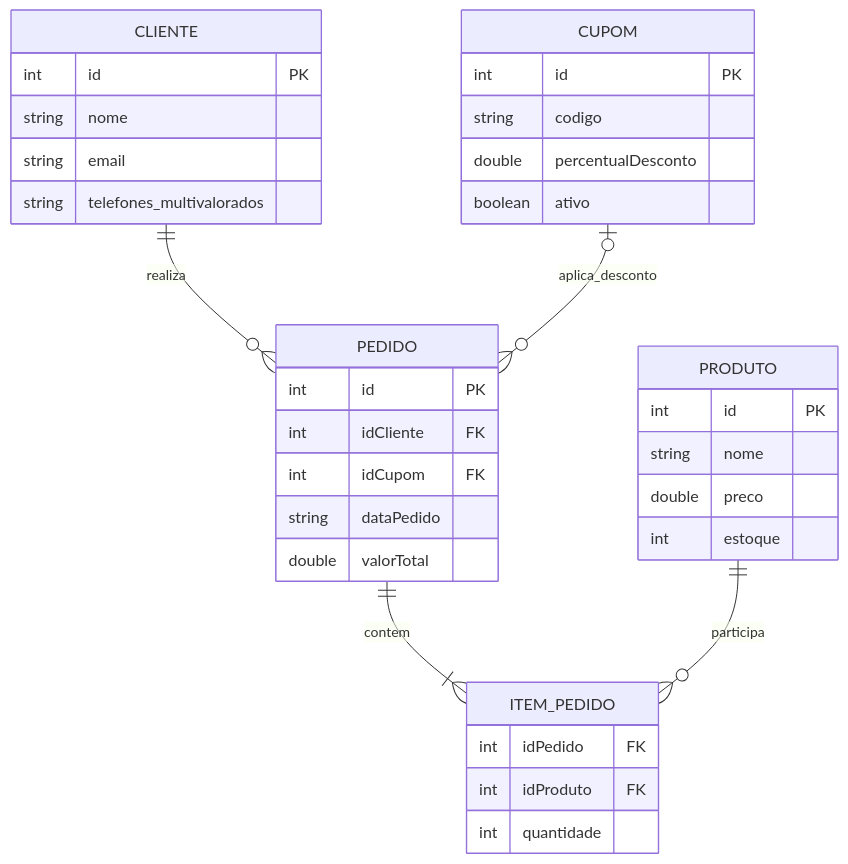
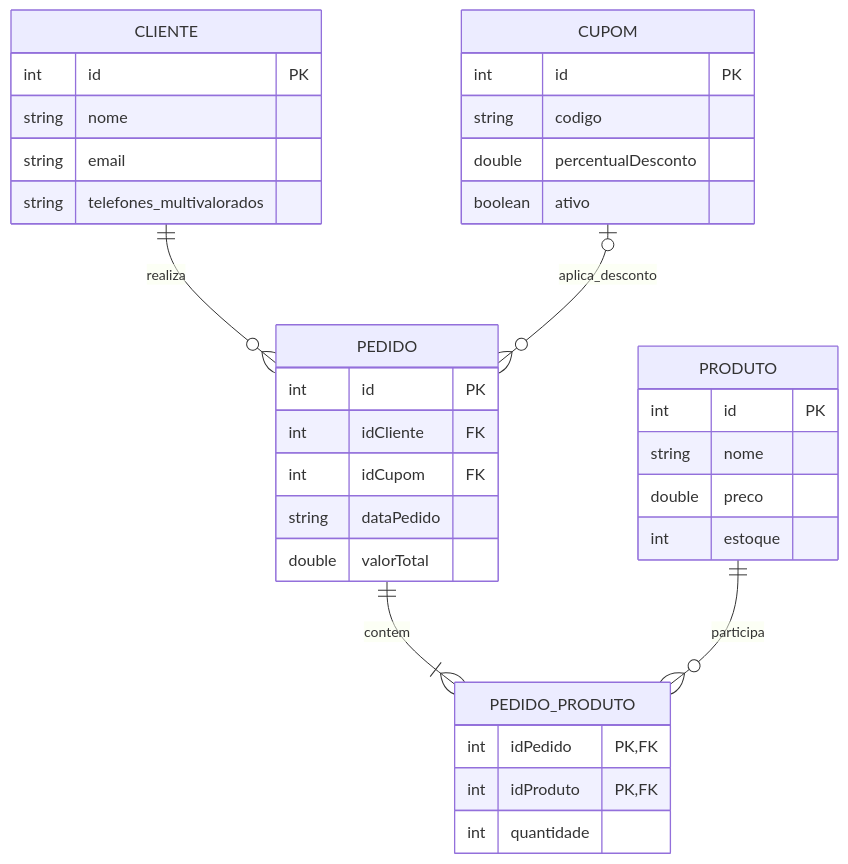
Before and after one commit to lucaszanfa/Tp-Aedes3: the diagram in docs/DER.md, drawn with Mermaid. The commit also changed other lines of this file and 18 other files, not shown here.

````diff
--- a/docs/DER.md
+++ b/docs/DER.md
@@ -50,42 +50,42 @@
 ```mermaid
 erDiagram
     CLIENTE ||--o{ PEDIDO : realiza
-    PEDIDO ||--|{ ITEM_PEDIDO : contem
-    PRODUTO ||--o{ ITEM_PEDIDO : participa
+    PEDIDO ||--|{ PEDIDO_PRODUTO : contem
+    PRODUTO ||--o{ PEDIDO_PRODUTO : participa
     CUPOM o|--o{ PEDIDO : aplica_desconto
 
     CLIENTE {
         int id PK
         string nome
         string email
         string telefones_multivalorados
     }
 
     PRODUTO {
         int id PK
         string nome
         double preco
         int estoque
     }
 
     CUPOM {
         int id PK
         string codigo
         double percentualDesconto
         boolean ativo
     }
 
     PEDIDO {
         int id PK
         int idCliente FK
         int idCupom FK
         string dataPedido
         double valorTotal
     }
 
-    ITEM_PEDIDO {
-        int idPedido FK
-        int idProduto FK
+    PEDIDO_PRODUTO {
+        int idPedido PK, FK
+        int idProduto PK, FK
         int quantidade
     }
 ```
````
